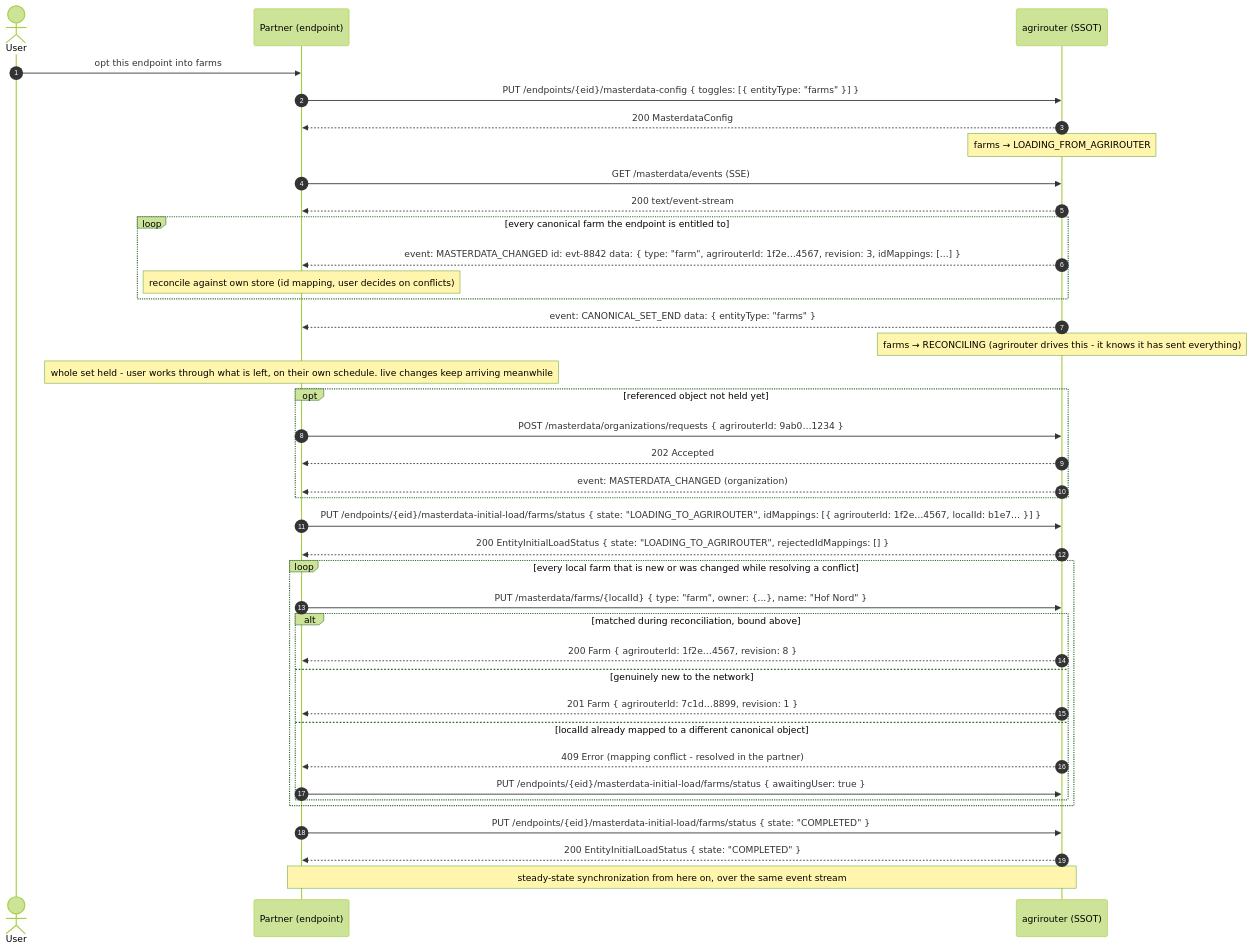
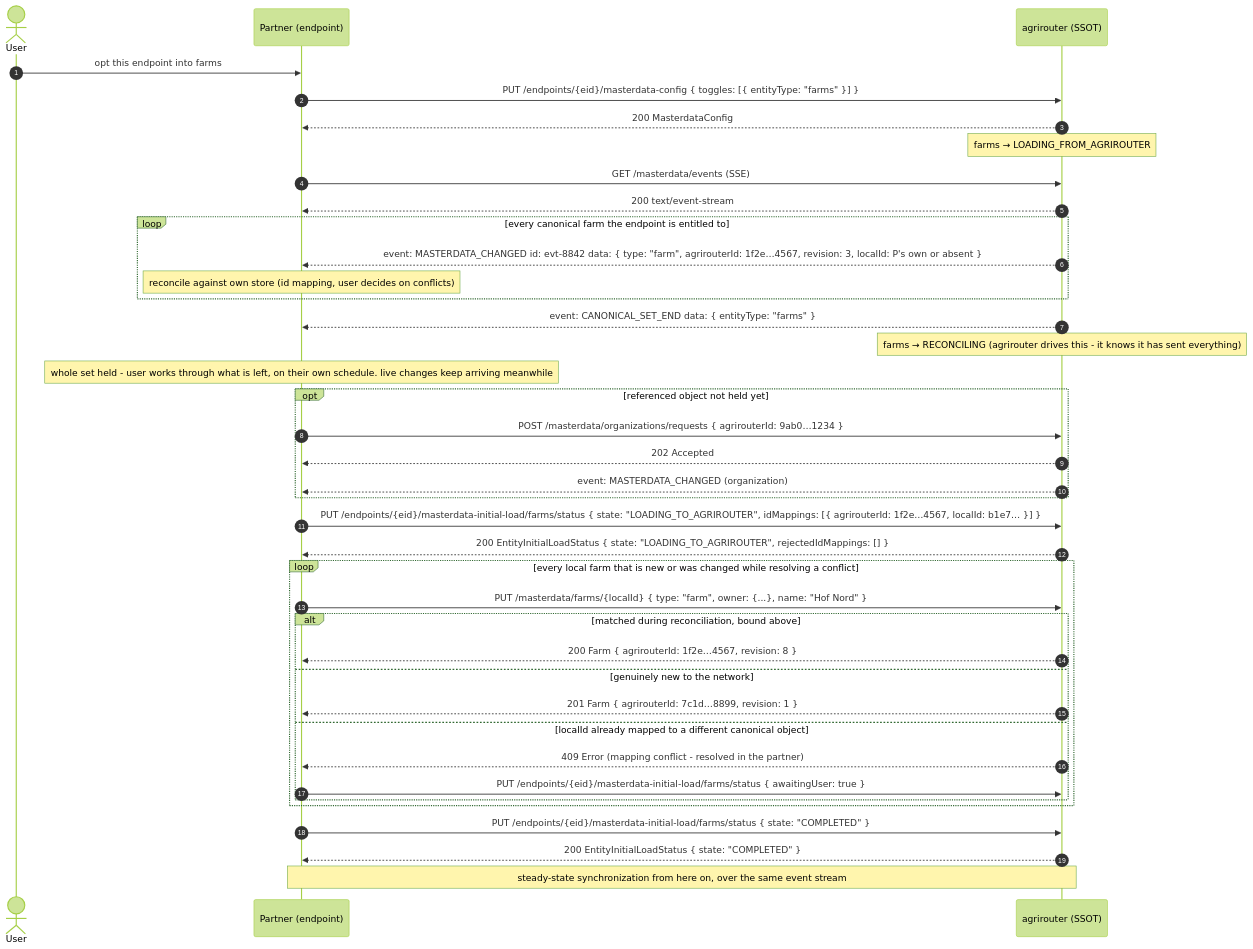
Before and after one commit to DKE-Data/masterdata-sync-working-group: the second of 3 diagrams in architecture/06-initial-load.md, drawn with Mermaid (forest theme). The commit also changed 4 other files, not shown here.

Commit message:
Replace idMappings with localId

````diff
--- a/architecture/06-initial-load.md
+++ b/architecture/06-initial-load.md
@@ -70,47 +70,47 @@
 ```mermaid
 %% ceasg:{"id":"8xpvwi5e"} %%
 sequenceDiagram
     autonumber
     actor U as User
     participant P as Partner (endpoint)
     participant AR as agrirouter (SSOT)
 
     U->>P: opt this endpoint into farms
     P->>AR: PUT /endpoints/{eid}/masterdata-config { toggles: [{ entityType: "farms" }] }
     AR-->>P: 200 MasterdataConfig
     Note over AR: farms → LOADING_FROM_AGRIROUTER
 
     P->>AR: GET /masterdata/events (SSE)
     AR-->>P: 200 text/event-stream
     loop every canonical farm the endpoint is entitled to
-        AR-->>P: event: MASTERDATA_CHANGED id: evt-8842 data: { type: "farm", agrirouterId: 1f2e…4567, revision: 3, idMappings: [...] }
+        AR-->>P: event: MASTERDATA_CHANGED id: evt-8842 data: { type: "farm", agrirouterId: 1f2e…4567, revision: 3, localId: P's own or absent }
         Note over P: reconcile against own store (id mapping, user decides on conflicts)
     end
     AR-->>P: event: CANONICAL_SET_END data: { entityType: "farms" }
     Note over AR: farms → RECONCILING (agrirouter drives this - it knows it has sent everything)
     Note over P: whole set held - user works through what is left, on their own schedule. live changes keep arriving meanwhile
     opt referenced object not held yet
         P->>AR: POST /masterdata/organizations/requests { agrirouterId: 9ab0…1234 }
         AR-->>P: 202 Accepted
         AR-->>P: event: MASTERDATA_CHANGED (organization)
     end
 
     P->>AR: PUT /endpoints/{eid}/masterdata-initial-load/farms/status { state: "LOADING_TO_AGRIROUTER", idMappings: [{ agrirouterId: 1f2e…4567, localId: b1e7… }] }
     AR-->>P: 200 EntityInitialLoadStatus { state: "LOADING_TO_AGRIROUTER", rejectedIdMappings: [] }
 
     loop every local farm that is new or was changed while resolving a conflict
         P->>AR: PUT /masterdata/farms/{localId} { type: "farm", owner: {...}, name: "Hof Nord" }
         alt matched during reconciliation, bound above
             AR-->>P: 200 Farm { agrirouterId: 1f2e…4567, revision: 8 }
         else genuinely new to the network
             AR-->>P: 201 Farm { agrirouterId: 7c1d…8899, revision: 1 }
         else localId already mapped to a different canonical object
             AR-->>P: 409 Error (mapping conflict - resolved in the partner)
             P->>AR: PUT /endpoints/{eid}/masterdata-initial-load/farms/status { awaitingUser: true }
         end
     end
 
     P->>AR: PUT /endpoints/{eid}/masterdata-initial-load/farms/status { state: "COMPLETED" }
     AR-->>P: 200 EntityInitialLoadStatus { state: "COMPLETED" }
     Note over P,AR: steady-state synchronization from here on, over the same event stream
 ```
````
